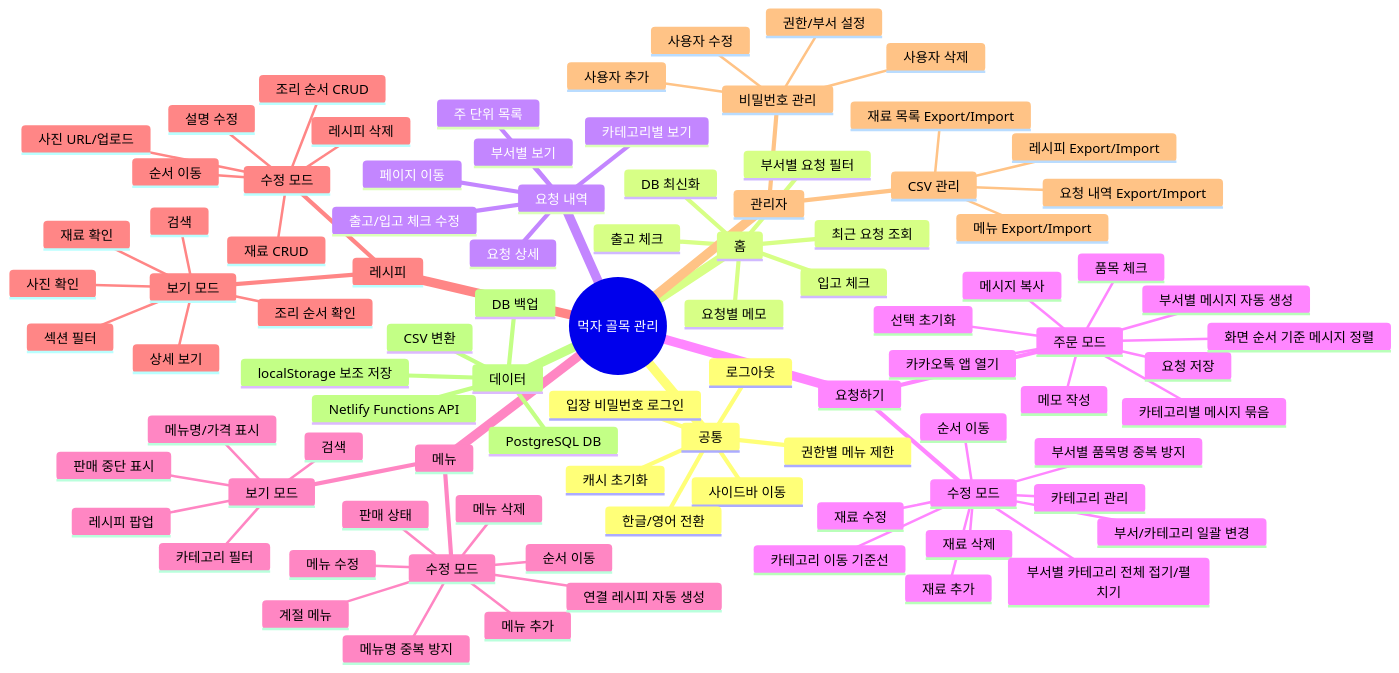
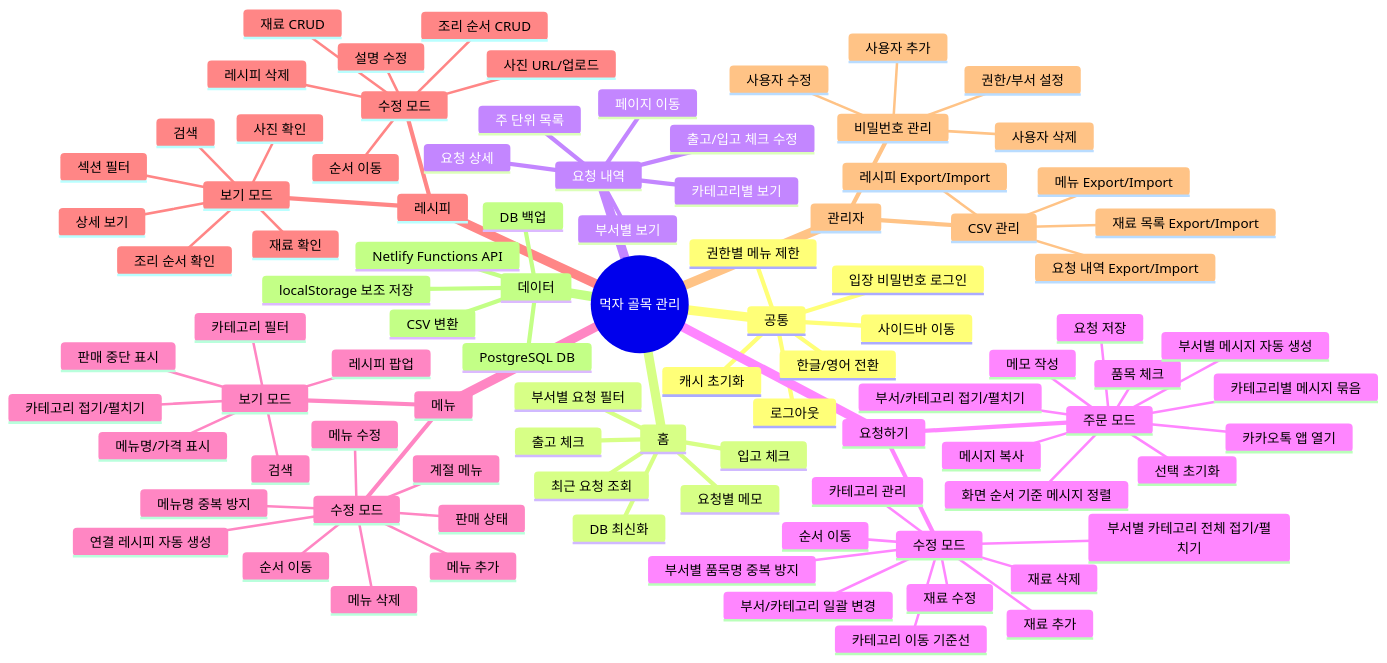
Before and after one commit to itsfreedom/mukja: the diagram in docs/mukja-function-tree-ko.md, drawn with Mermaid. The commit also changed other lines of this file and 15 other files, not shown here.

```diff
--- a/docs/mukja-function-tree-ko.md
+++ b/docs/mukja-function-tree-ko.md
@@ -41,6 +41,7 @@
         카테고리별 메시지 묶음
         메시지 복사
         카카오톡 앱 열기
+        부서/카테고리 접기/펼치기
         선택 초기화
       수정 모드
         재료 추가
@@ -57,6 +58,7 @@
         카테고리 필터
         검색
         메뉴명/가격 표시
+        카테고리 접기/펼치기
         판매 중단 표시
         레시피 팝업
       수정 모드
```
